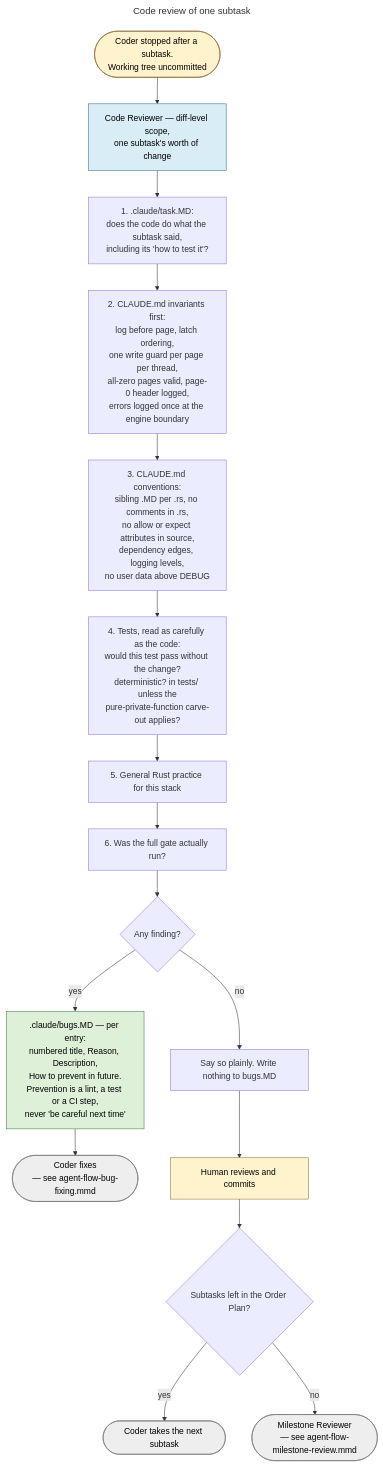
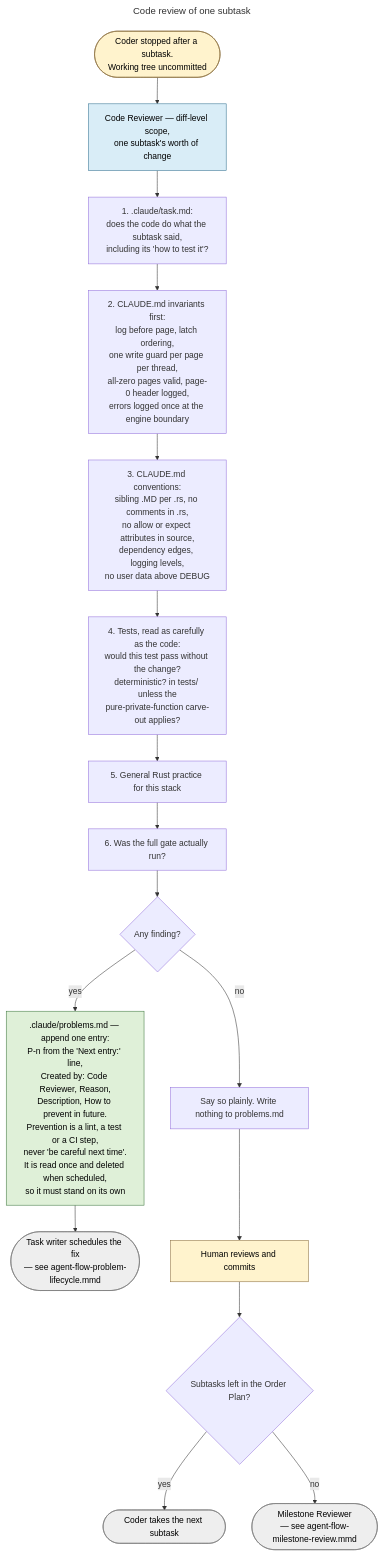
The diagram in docs/diagrams/agent-flow-code-review.mmd (Dmitriy-G/simple_rdbms), drawn with Mermaid before and after one commit. The commit also changed 21 other files, not shown here.

Commit message:
Change agents flow

```diff
--- a/docs/diagrams/agent-flow-code-review.mmd
+++ b/docs/diagrams/agent-flow-code-review.mmd
@@ -1,34 +1,34 @@
 ---
 title: Code review of one subtask
 ---
 flowchart TD
     classDef human fill:#fff3cd,stroke:#8a6d3b,color:#000
     classDef role fill:#d9edf7,stroke:#31708f,color:#000
     classDef channel fill:#dff0d8,stroke:#3c763d,color:#000
     classDef stop fill:#eeeeee,stroke:#777,color:#000
 
     START(["Coder stopped after a subtask.<br/>Working tree uncommitted"]):::human
     CR["Code Reviewer — diff-level scope,<br/>one subtask's worth of change"]:::role
 
-    C1["1. .claude/task.MD:<br/>does the code do what the subtask said,<br/>including its 'how to test it'?"]
+    C1["1. .claude/task.md:<br/>does the code do what the subtask said,<br/>including its 'how to test it'?"]
     C2["2. CLAUDE.md invariants first:<br/>log before page, latch ordering,<br/>one write guard per page per thread,<br/>all-zero pages valid, page-0 header logged,<br/>errors logged once at the engine boundary"]
     C3["3. CLAUDE.md conventions:<br/>sibling .MD per .rs, no comments in .rs,<br/>no allow or expect attributes in source,<br/>dependency edges, logging levels,<br/>no user data above DEBUG"]
     C4["4. Tests, read as carefully as the code:<br/>would this test pass without the change?<br/>deterministic? in tests/ unless the<br/>pure-private-function carve-out applies?"]
     C5["5. General Rust practice for this stack"]
     C6["6. Was the full gate actually run?"]
 
     FOUND{"Any finding?"}
-    BUGS[".claude/bugs.MD — per entry:<br/>numbered title, Reason, Description,<br/>How to prevent in future.<br/>Prevention is a lint, a test or a CI step,<br/>never 'be careful next time'"]:::channel
-    BACK(["Coder fixes<br/>— see agent-flow-bug-fixing.mmd"]):::stop
+    BUGS[".claude/problems.md — append one entry:<br/>P-n from the 'Next entry:' line,<br/>Created by: Code Reviewer, Reason,<br/>Description, How to prevent in future.<br/>Prevention is a lint, a test or a CI step,<br/>never 'be careful next time'.<br/>It is read once and deleted when scheduled,<br/>so it must stand on its own"]:::channel
+    BACK(["Task writer schedules the fix<br/>— see agent-flow-problem-lifecycle.mmd"]):::stop
 
-    OK["Say so plainly. Write nothing to bugs.MD"]
+    OK["Say so plainly. Write nothing to problems.md"]
     HUMAN["Human reviews and commits"]:::human
     MORE{"Subtasks left in the Order Plan?"}
     NEXTSUB(["Coder takes the next subtask"]):::stop
     MSREVIEW(["Milestone Reviewer<br/>— see agent-flow-milestone-review.mmd"]):::stop
 
     START --> CR --> C1 --> C2 --> C3 --> C4 --> C5 --> C6 --> FOUND
     FOUND -- yes --> BUGS --> BACK
     FOUND -- no --> OK --> HUMAN --> MORE
     MORE -- yes --> NEXTSUB
     MORE -- no --> MSREVIEW
```
